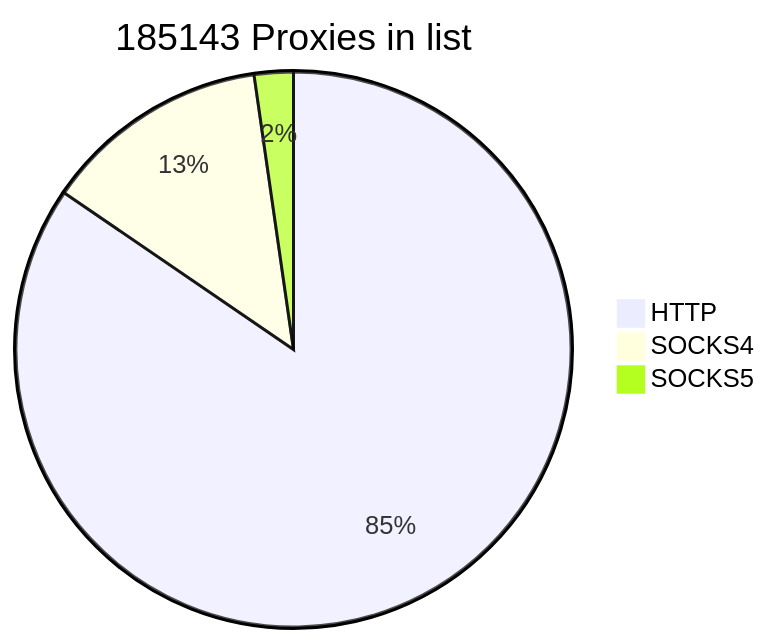
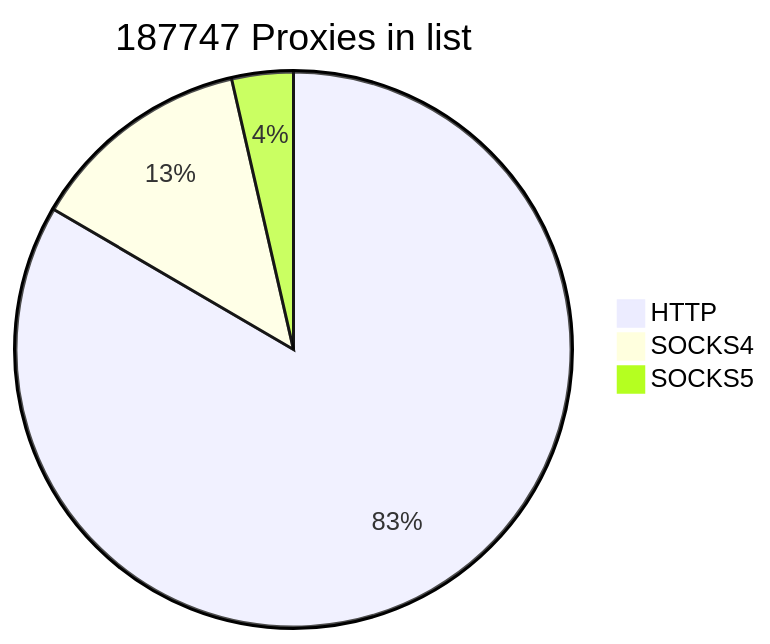
Before and after one commit to cutipu/proxylist: the first of 2 diagrams in README.md, drawn with Mermaid. The commit also changed other lines of this file, not shown here.

````diff
--- a/README.md
+++ b/README.md
@@ -2,7 +2,7 @@
 ```mermaid
-pie title 185143 Proxies in list
-    "HTTP" : 156526
+pie title 187747 Proxies in list
+    "HTTP" : 156617
     "SOCKS4" : 24409
-    "SOCKS5" : 4208
+    "SOCKS5" : 6721
             
 ```
````
